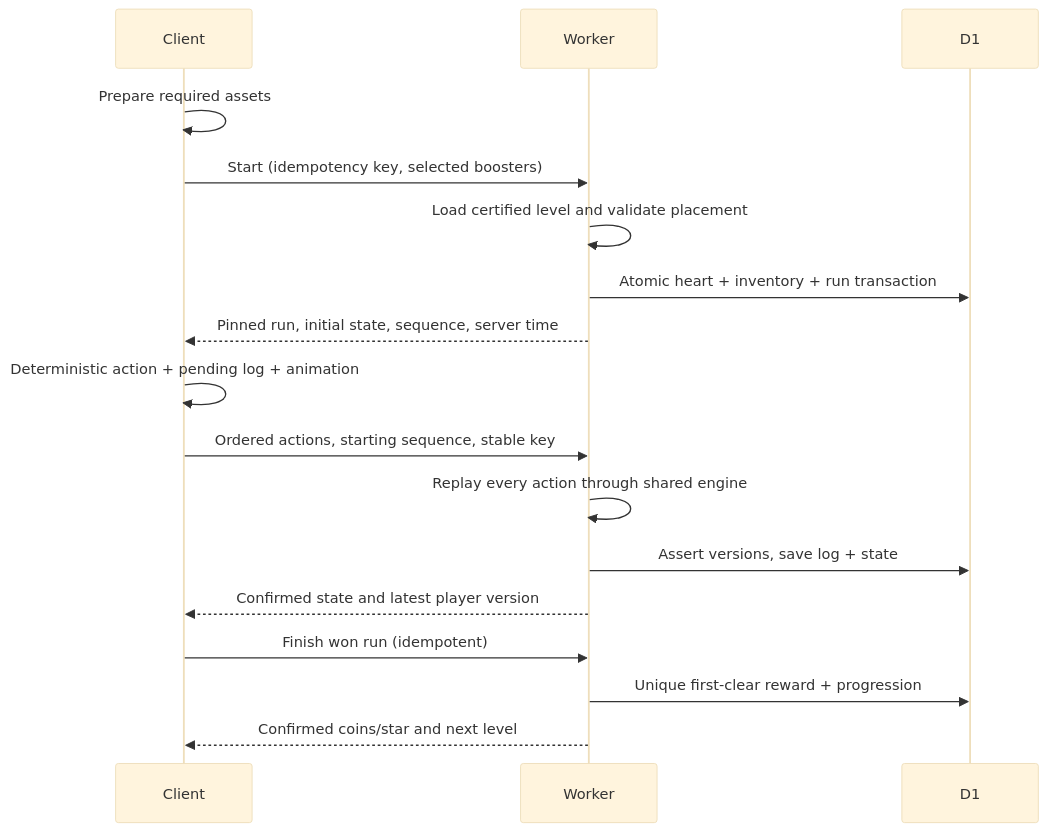
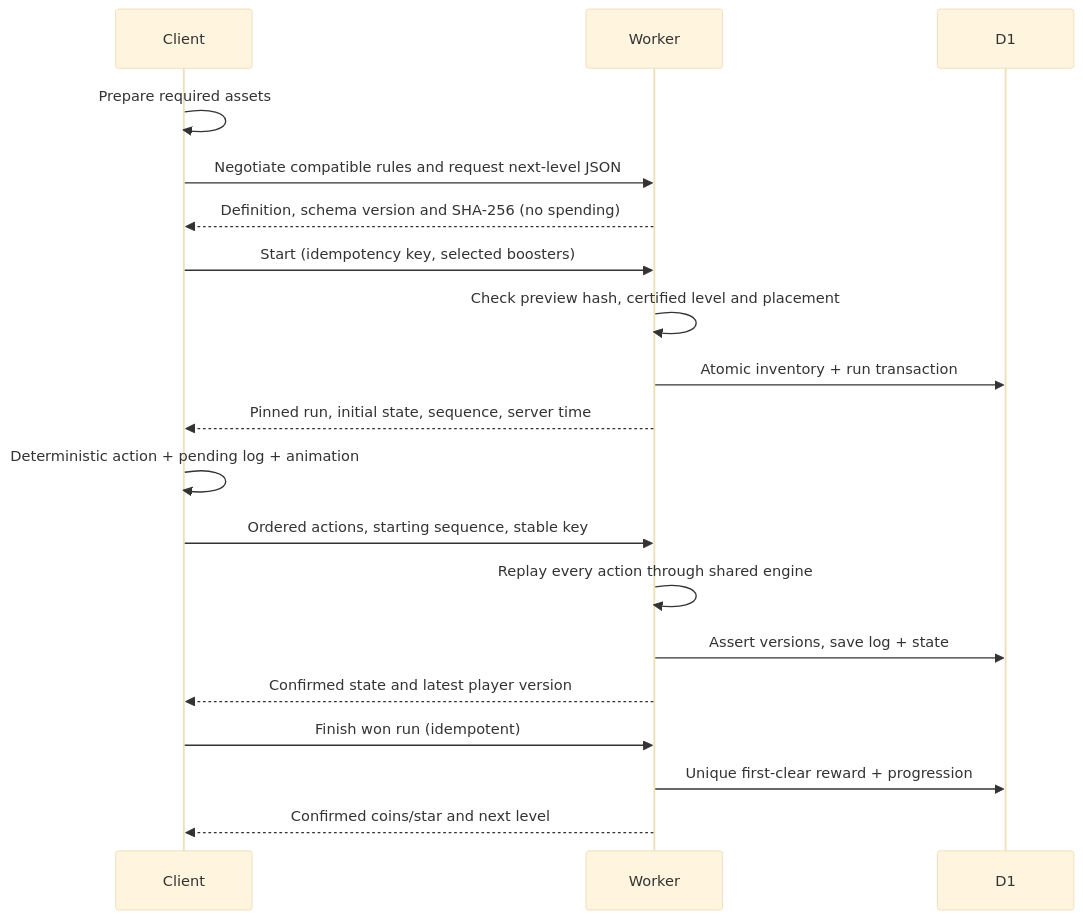
One commit to kimkyutack/puzzle-mobile changed the diagram in docs/architecture.md. Above: the diagram before and after it, drawn with Mermaid (base theme). The commit also changed other lines of this file and 1209 other files, not shown here.

````diff
--- a/docs/architecture.md
+++ b/docs/architecture.md
@@ -11,19 +11,21 @@
 ```mermaid
 sequenceDiagram
   participant C as Client
   participant W as Worker
   participant D as D1
   C->>C: Prepare required assets
+  C->>W: Negotiate compatible rules and request next-level JSON
+  W-->>C: Definition, schema version and SHA-256 (no spending)
   C->>W: Start (idempotency key, selected boosters)
-  W->>W: Load certified level and validate placement
-  W->>D: Atomic heart + inventory + run transaction
+  W->>W: Check preview hash, certified level and placement
+  W->>D: Atomic inventory + run transaction
   W-->>C: Pinned run, initial state, sequence, server time
   C->>C: Deterministic action + pending log + animation
   C->>W: Ordered actions, starting sequence, stable key
   W->>W: Replay every action through shared engine
   W->>D: Assert versions, save log + state
   W-->>C: Confirmed state and latest player version
   C->>W: Finish won run (idempotent)
   W->>D: Unique first-clear reward + progression
   W-->>C: Confirmed coins/star and next level
 ```
````
